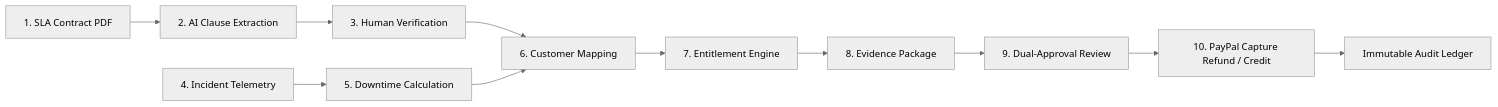
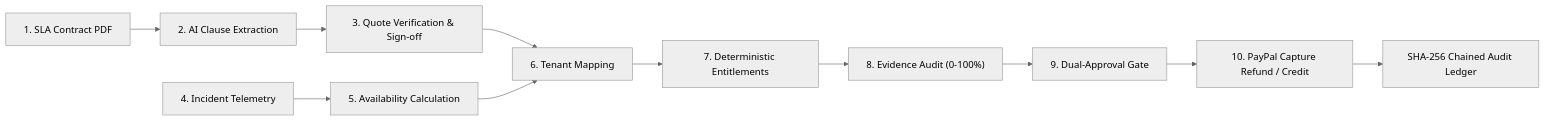
The first of 2 diagrams in README.md (shivam-more1609/PromiseBack), drawn with Mermaid (neutral theme) before and after one commit. The commit also changed other lines of this file and 20 other files, not shown here.

````diff
--- a/README.md
+++ b/README.md
@@ -30,12 +79,12 @@
 ```mermaid
 flowchart LR
     A["1. SLA Contract PDF"] --> B["2. AI Clause Extraction"]
-    B --> C["3. Human Verification"]
-    D["4. Incident Telemetry"] --> E["5. Downtime Calculation"]
-    C & E --> F["6. Customer Mapping"]
-    F --> G["7. Entitlement Engine"]
-    G --> H["8. Evidence Package"]
-    H --> I["9. Dual-Approval Review"]
+    B --> C["3. Quote Verification & Sign-off"]
+    D["4. Incident Telemetry"] --> E["5. Availability Calculation"]
+    C & E --> F["6. Tenant Mapping"]
+    F --> G["7. Deterministic Entitlements"]
+    G --> H["8. Evidence Audit (0-100%)"]
+    H --> I["9. Dual-Approval Gate"]
     I --> J["10. PayPal Capture Refund / Credit"]
-    J --> K["Immutable Audit Ledger"]
+    J --> K["SHA-256 Chained Audit Ledger"]
 ```
````
